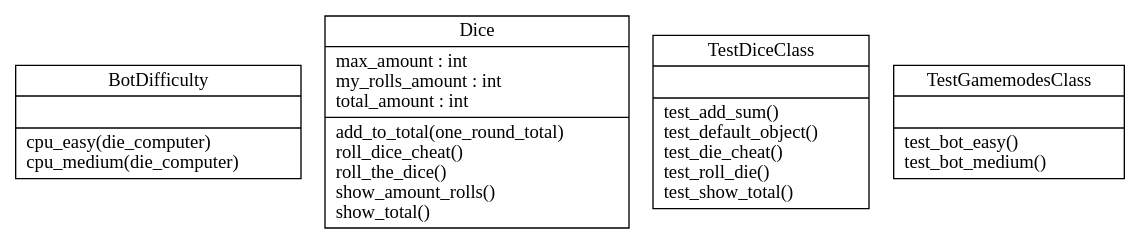
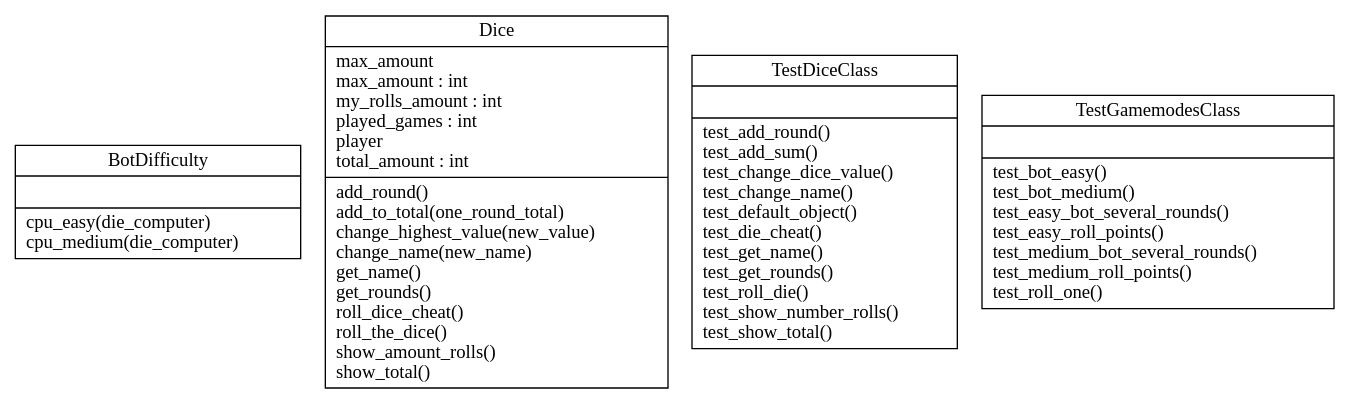
Before and after one commit to Johann1993/project-Johias: the diagram in pycode/classes.dot, drawn with Graphviz. The commit also changed 9 other files, not shown here.

```diff
--- a/pycode/classes.dot
+++ b/pycode/classes.dot
@@ -1,8 +1,8 @@
 digraph "classes" {
 rankdir=BT
 charset="utf-8"
 "bot_levels.BotDifficulty" [color="black", fontcolor="black", label="{BotDifficulty|\l|cpu_easy(die_computer)\lcpu_medium(die_computer)\l}", shape="record", style="solid"];
-"dice.Dice" [color="black", fontcolor="black", label="{Dice|max_amount : int\lmy_rolls_amount : int\ltotal_amount : int\l|add_to_total(one_round_total)\lroll_dice_cheat()\lroll_the_dice()\lshow_amount_rolls()\lshow_total()\l}", shape="record", style="solid"];
-"test_dice.TestDiceClass" [color="black", fontcolor="black", label="{TestDiceClass|\l|test_add_sum()\ltest_default_object()\ltest_die_cheat()\ltest_roll_die()\ltest_show_total()\l}", shape="record", style="solid"];
-"test_bots.TestGamemodesClass" [color="black", fontcolor="black", label="{TestGamemodesClass|\l|test_bot_easy()\ltest_bot_medium()\l}", shape="record", style="solid"];
+"dice.Dice" [color="black", fontcolor="black", label="{Dice|max_amount\lmax_amount : int\lmy_rolls_amount : int\lplayed_games : int\lplayer\ltotal_amount : int\l|add_round()\ladd_to_total(one_round_total)\lchange_highest_value(new_value)\lchange_name(new_name)\lget_name()\lget_rounds()\lroll_dice_cheat()\lroll_the_dice()\lshow_amount_rolls()\lshow_total()\l}", shape="record", style="solid"];
+"test_dice.TestDiceClass" [color="black", fontcolor="black", label="{TestDiceClass|\l|test_add_round()\ltest_add_sum()\ltest_change_dice_value()\ltest_change_name()\ltest_default_object()\ltest_die_cheat()\ltest_get_name()\ltest_get_rounds()\ltest_roll_die()\ltest_show_number_rolls()\ltest_show_total()\l}", shape="record", style="solid"];
+"test_bots.TestGamemodesClass" [color="black", fontcolor="black", label="{TestGamemodesClass|\l|test_bot_easy()\ltest_bot_medium()\ltest_easy_bot_several_rounds()\ltest_easy_roll_points()\ltest_medium_bot_several_rounds()\ltest_medium_roll_points()\ltest_roll_one()\l}", shape="record", style="solid"];
 }
```
